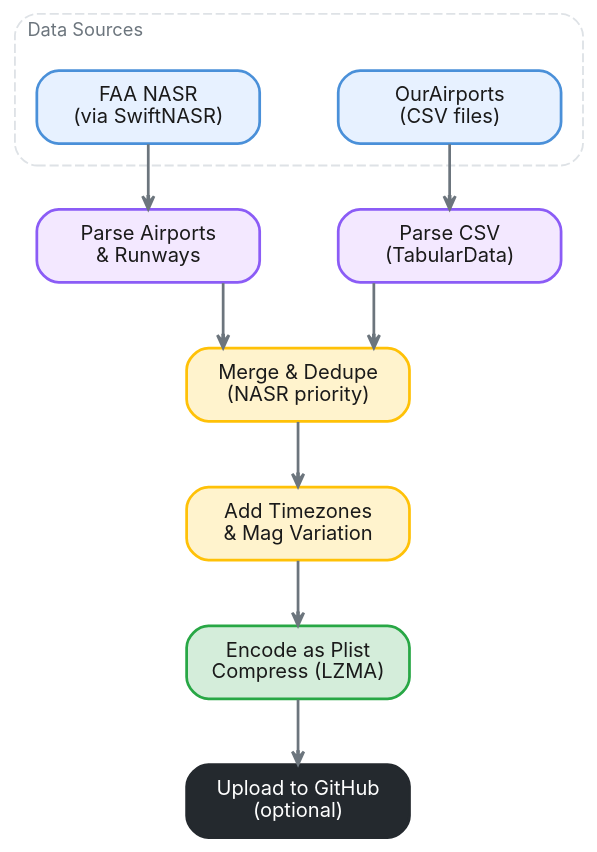
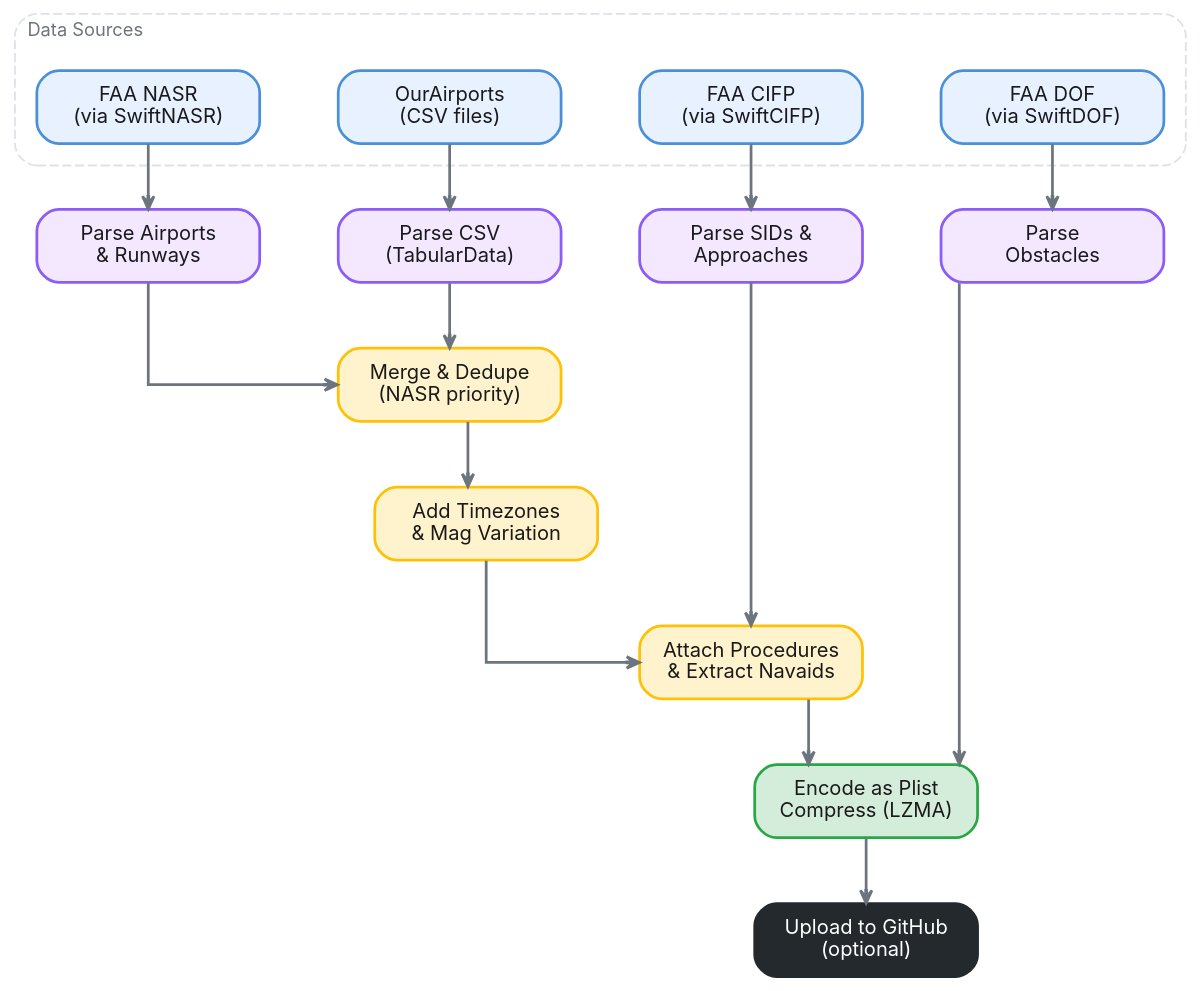
Before and after one commit to SF50-TOLD/iOS: the diagram in DownloadNASR/DownloadNASR.docc/Resources/nav-data-processing-pipeline.dot, drawn with Graphviz. The commit also changed 25 other files, not shown here.

```diff
--- a/DownloadNASR/DownloadNASR.docc/Resources/nav-data-processing-pipeline.dot
+++ b/DownloadNASR/DownloadNASR.docc/Resources/nav-data-processing-pipeline.dot
@@ -1,104 +1,139 @@
 digraph NavDataProcessingPipeline {
     // Graph settings
     rankdir=TB
     splines=ortho
     nodesep=0.6
     ranksep=0.5
     bgcolor="transparent"
 
     // Modern, clean node styling
     node [
         shape=box
         style="rounded,filled"
         fontname="SF Pro Display, Helvetica Neue, Arial"
         fontsize=11
         fontcolor="#1a1a1a"
         fillcolor="#f8f9fa"
         color="#dee2e6"
         penwidth=1.5
         width=1.7
         height=0.55
     ]
 
     // Edge styling
     edge [
         color="#6c757d"
         penwidth=1.5
         arrowsize=0.7
         arrowhead=vee
     ]
 
     // Data sources
     subgraph cluster_sources {
         label="Data Sources"
         labeljust=l
         labelloc=t
         fontname="SF Pro Display, Helvetica Neue, Arial"
         fontsize=10
         fontcolor="#6c757d"
         style="rounded,dashed"
         color="#dee2e6"
         bgcolor="#ffffff08"
         margin=12
 
         nasr [
             label="FAA NASR\n(via SwiftNASR)"
             fillcolor="#e7f1ff"
             color="#4a90d9"
         ]
 
         ourairports [
             label="OurAirports\n(CSV files)"
             fillcolor="#e7f1ff"
             color="#4a90d9"
         ]
+
+        cifp [
+            label="FAA CIFP\n(via SwiftCIFP)"
+            fillcolor="#e7f1ff"
+            color="#4a90d9"
+        ]
+
+        dof [
+            label="FAA DOF\n(via SwiftDOF)"
+            fillcolor="#e7f1ff"
+            color="#4a90d9"
+        ]
     }
 
     // Parsing stage
     parse_nasr [
         label="Parse Airports\n& Runways"
         fillcolor="#f3e8ff"
         color="#8b5cf6"
     ]
 
     parse_csv [
         label="Parse CSV\n(TabularData)"
         fillcolor="#f3e8ff"
         color="#8b5cf6"
     ]
 
+    parse_cifp [
+        label="Parse SIDs &\nApproaches"
+        fillcolor="#f3e8ff"
+        color="#8b5cf6"
+    ]
+
+    parse_dof [
+        label="Parse\nObstacles"
+        fillcolor="#f3e8ff"
+        color="#8b5cf6"
+    ]
+
     // Processing stages
     merge [
         label="Merge & Dedupe\n(NASR priority)"
         fillcolor="#fff3cd"
         color="#ffc107"
     ]
 
     enrich [
         label="Add Timezones\n& Mag Variation"
+        fillcolor="#fff3cd"
+        color="#ffc107"
+    ]
+
+    link [
+        label="Attach Procedures\n& Extract Navaids"
         fillcolor="#fff3cd"
         color="#ffc107"
     ]
 
     encode [
         label="Encode as Plist\nCompress (LZMA)"
         fillcolor="#d4edda"
         color="#28a745"
     ]
 
     upload [
         label="Upload to GitHub\n(optional)"
         fillcolor="#24292e"
         fontcolor="#ffffff"
         color="#24292e"
     ]
 
     // Connections
     nasr -> parse_nasr
     ourairports -> parse_csv
+    cifp -> parse_cifp
+    dof -> parse_dof
     parse_nasr -> merge
     parse_csv -> merge
     merge -> enrich
-    enrich -> encode
+    enrich -> link
+    parse_cifp -> link
+    link -> encode
+    parse_dof -> encode
     encode -> upload
 }
```
